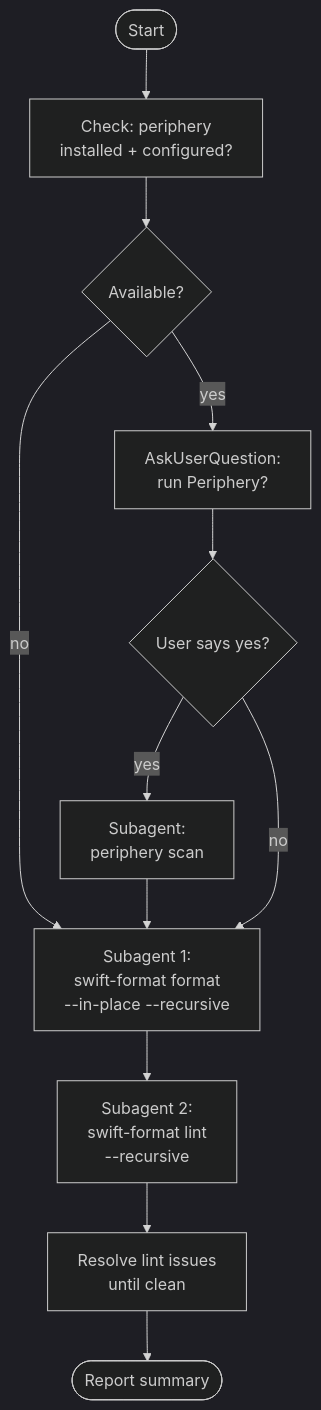
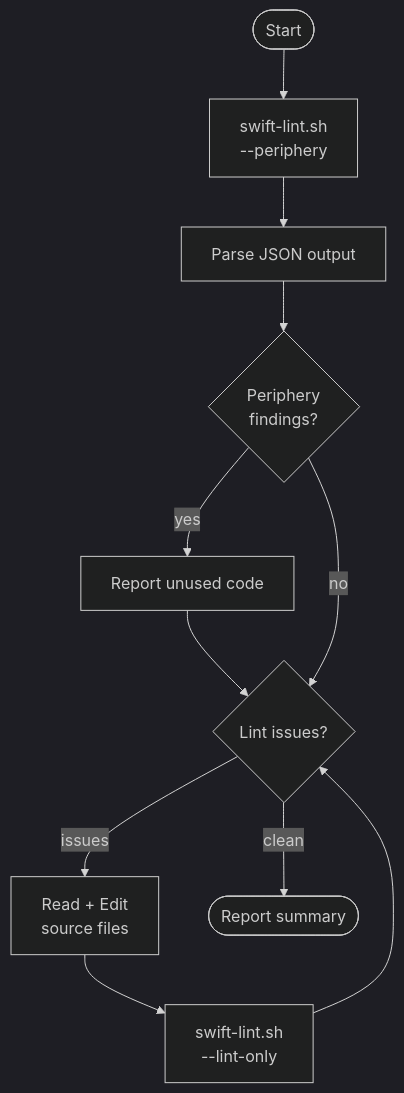
The diagram in plugins/swift-engineer/commands/references/swift-lint-workflow.mmd (sjungling/sjungling-claude-plugins), drawn with Mermaid (dark theme) before and after one commit. The commit also changed 7 other files, not shown here.

```diff
--- a/plugins/swift-engineer/commands/references/swift-lint-workflow.mmd
+++ b/plugins/swift-engineer/commands/references/swift-lint-workflow.mmd
@@ -1,18 +1,16 @@
 graph TD
     start([Start])
-    check_periphery[Check: periphery<br/>installed + configured?]
-    periphery_available{Available?}
-    ask_user[AskUserQuestion:<br/>run Periphery?]
-    user_choice{User says yes?}
-    run_periphery[Subagent:<br/>periphery scan]
-    format[Subagent 1:<br/>swift-format format<br/>--in-place --recursive]
-    lint[Subagent 2:<br/>swift-format lint<br/>--recursive]
-    fix_lint[Resolve lint issues<br/>until clean]
+    run_script[swift-lint.sh<br/>--periphery]
+    parse[Parse JSON output]
+    periphery_result{Periphery<br/>findings?}
+    report_periphery[Report unused code]
+    lint_result{Lint issues?}
+    fix_lint[Read + Edit<br/>source files]
+    rerun_lint[swift-lint.sh<br/>--lint-only]
     report([Report summary])
 
-    start --> check_periphery --> periphery_available
-    periphery_available -->|yes| ask_user --> user_choice
-    periphery_available -->|no| format
-    user_choice -->|yes| run_periphery --> format
-    user_choice -->|no| format
-    format --> lint --> fix_lint --> report
+    start --> run_script --> parse --> periphery_result
+    periphery_result -->|yes| report_periphery --> lint_result
+    periphery_result -->|no| lint_result
+    lint_result -->|clean| report
+    lint_result -->|issues| fix_lint --> rerun_lint --> lint_result
```
